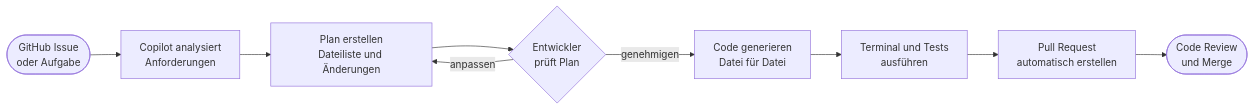
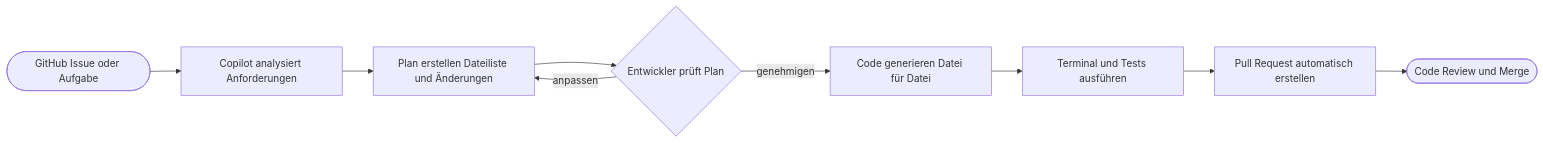
The second of 2 diagrams in Microsoft 365/GitHub/GitHub Copilot.md (SoniiiT/notes-n-docs), drawn with Mermaid before and after one commit. The commit also changed other lines of this file and 124 other files, not shown here.

First line of the commit message:
fix: Entferne \n aus allen Mermaid-Diagrammen (125 Dateien)

````diff
--- a/Microsoft 365/GitHub/GitHub Copilot.md
+++ b/Microsoft 365/GitHub/GitHub Copilot.md
@@ -321,11 +321,11 @@
 ```mermaid
 flowchart LR
-    A([GitHub Issue\noder Aufgabe]) --> B[Copilot analysiert\nAnforderungen]
-    B --> C[Plan erstellen\nDateiliste und Änderungen]
-    C --> D{Entwickler\nprüft Plan}
+    A([GitHub Issue oder Aufgabe]) --> B[Copilot analysiert Anforderungen]
+    B --> C[Plan erstellen Dateiliste und Änderungen]
+    C --> D{Entwickler prüft Plan}
     D -->|anpassen| C
-    D -->|genehmigen| E[Code generieren\nDatei für Datei]
-    E --> F[Terminal und Tests\nausführen]
-    F --> G[Pull Request\nautomatisch erstellen]
-    G --> H([Code Review\nund Merge])
+    D -->|genehmigen| E[Code generieren Datei für Datei]
+    E --> F[Terminal und Tests ausführen]
+    F --> G[Pull Request automatisch erstellen]
+    G --> H([Code Review und Merge])
 ```
````
